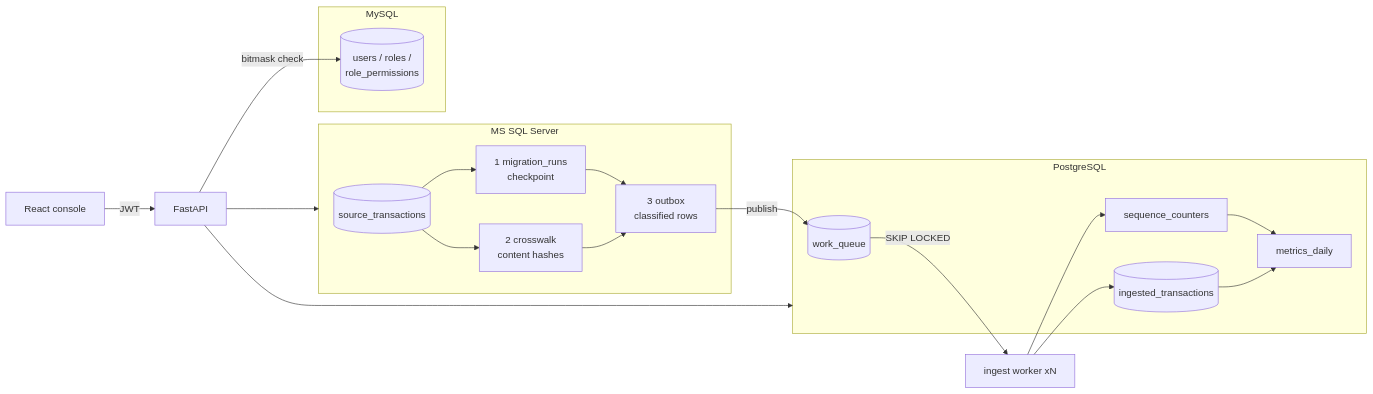
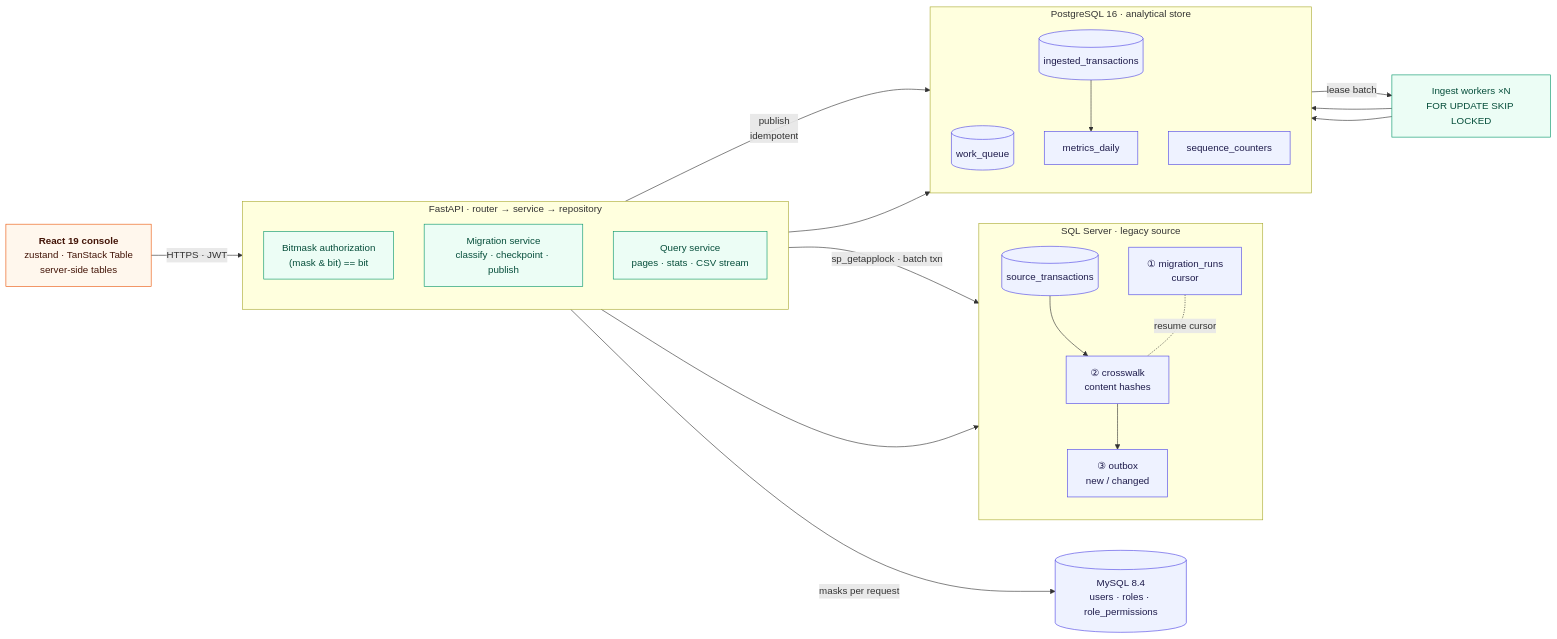
The diagram in README.md (aoe749/omnidata-platform), drawn with Mermaid before and after one commit. The commit also changed other lines of this file, not shown here.

Commit message:
docs: generate comprehensive enterprise-grade README showcasing database patterns and architecture

````diff
--- a/README.md
+++ b/README.md
@@ -13,24 +84,48 @@
 ```mermaid
 flowchart LR
-    subgraph MSSQL[MS SQL Server]
-        SRC[(source_transactions)]
-        L1[1 migration_runs<br/>checkpoint]
-        L2[2 crosswalk<br/>content hashes]
-        L3[3 outbox<br/>classified rows]
+    classDef store fill:#eef2ff,stroke:#4f46e5,color:#1e1b4b
+    classDef svc fill:#ecfdf5,stroke:#059669,color:#064e3b
+    classDef ui fill:#fff7ed,stroke:#ea580c,color:#431407
+
+    UI["<b>React 19 console</b><br/>zustand · TanStack Table<br/>server-side tables"]:::ui
+
+    subgraph API["FastAPI  ·  router → service → repository"]
+        direction TB
+        AUTH["Bitmask authorization<br/>(mask &amp; bit) == bit"]:::svc
+        MIG["Migration service<br/>classify · checkpoint · publish"]:::svc
+        QRY["Query service<br/>pages · stats · CSV stream"]:::svc
     end
-    subgraph PG[PostgreSQL]
-        Q[(work_queue)]
-        SEQ[sequence_counters]
-        TX[(ingested_transactions)]
-        M[metrics_daily]
+
+    subgraph MS["SQL Server  ·  legacy source"]
+        direction TB
+        SRC[("source_transactions")]:::store
+        L1["① migration_runs<br/>cursor"]:::store
+        L2["② crosswalk<br/>content hashes"]:::store
+        L3["③ outbox<br/>new / changed"]:::store
     end
-    subgraph MY[MySQL]
-        AUTH[(users / roles /<br/>role_permissions)]
+
+    subgraph PG["PostgreSQL 16  ·  analytical store"]
+        direction TB
+        Q[("work_queue")]:::store
+        SEQ["sequence_counters"]:::store
+        TX[("ingested_transactions")]:::store
+        MET["metrics_daily"]:::store
     end
-    SRC --> L1 & L2 --> L3 -- publish --> Q
-    Q -- SKIP LOCKED --> W[ingest worker xN]
-    W --> SEQ & TX --> M
-    UI[React console] -- JWT --> API[FastAPI]
-    API --> MSSQL & PG
-    API -- bitmask check --> AUTH
+
+    MY[("MySQL 8.4<br/>users · roles · role_permissions")]:::store
+    W["Ingest workers ×N<br/>FOR UPDATE SKIP LOCKED"]:::svc
+
+    UI -- "HTTPS · JWT" --> API
+    AUTH -- "masks per request" --> MY
+    MIG -- "sp_getapplock · batch txn" --> MS
+    SRC --> L2
+    L2 --> L3
+    L1 -. "resume cursor" .- L2
+    MIG -- "publish<br/>idempotent" --> Q
+    Q -- "lease batch" --> W
+    W --> SEQ
+    W --> TX
+    TX --> MET
+    QRY --> PG
+    QRY --> MS
 ```
````
